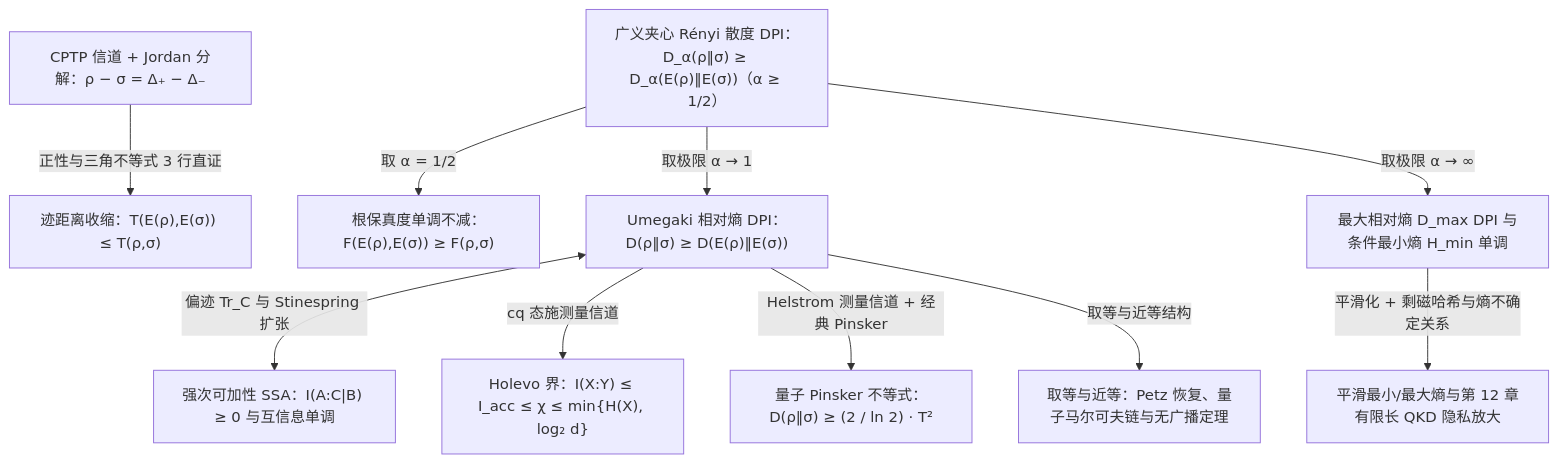
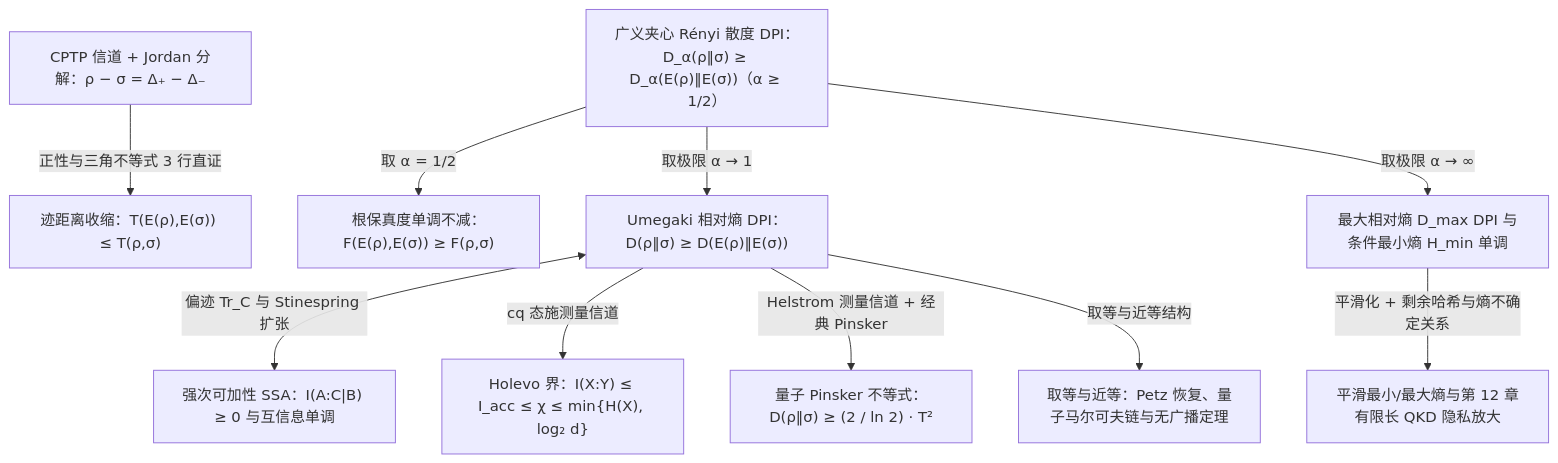
The diagram in handbook/13-quantum-information.md (nanless/quantum-computing-handbook), drawn with Mermaid before and after one commit. The commit also changed other lines of this file and 871 other files, not shown here.

````diff
--- a/handbook/13-quantum-information.md
+++ b/handbook/13-quantum-information.md
@@ -1561,23 +1574,23 @@
 ```mermaid
 flowchart TD
     GDPI["广义夹心 Rényi 散度 DPI：D_α(ρ‖σ) ≥ D_α(E(ρ)‖E(σ))（α ≥ 1/2）"]
     JORD["CPTP 信道 + Jordan 分解：ρ − σ = Δ₊ − Δ₋"]
     FID["根保真度单调不减：F(E(ρ),E(σ)) ≥ F(ρ,σ)"]
     TD["迹距离收缩：T(E(ρ),E(σ)) ≤ T(ρ,σ)"]
     UDPI["Umegaki 相对熵 DPI：D(ρ‖σ) ≥ D(E(ρ)‖E(σ))"]
     DMAX["最大相对熵 D_max DPI 与条件最小熵 H_min 单调"]
     SSA["强次可加性 SSA：I(A:C|B) ≥ 0 与互信息单调"]
     HOL["Holevo 界：I(X:Y) ≤ I_acc ≤ χ ≤ min{H(X), log₂ d}"]
     PIN["量子 Pinsker 不等式：D(ρ‖σ) ≥ (2 / ln 2) · T²"]
     QMC["取等与近等：Petz 恢复、量子马尔可夫链与无广播定理"]
     QKD["平滑最小/最大熵与第 12 章有限长 QKD 隐私放大"]
     GDPI -->|"取 α = 1/2"| FID
     JORD -->|"正性与三角不等式 3 行直证"| TD
     GDPI -->|"取极限 α → 1"| UDPI
     GDPI -->|"取极限 α → ∞"| DMAX
     UDPI <-->|"偏迹 Tr_C 与 Stinespring 扩张"| SSA
     UDPI -->|"cq 态施测量信道"| HOL
     UDPI -->|"Helstrom 测量信道 + 经典 Pinsker"| PIN
     UDPI -->|"取等与近等结构"| QMC
-    DMAX -->|"平滑化 + 剩磁哈希与熵不确定关系"| QKD
+    DMAX -->|"平滑化 + 剩余哈希与熵不确定关系"| QKD
 ```
````
